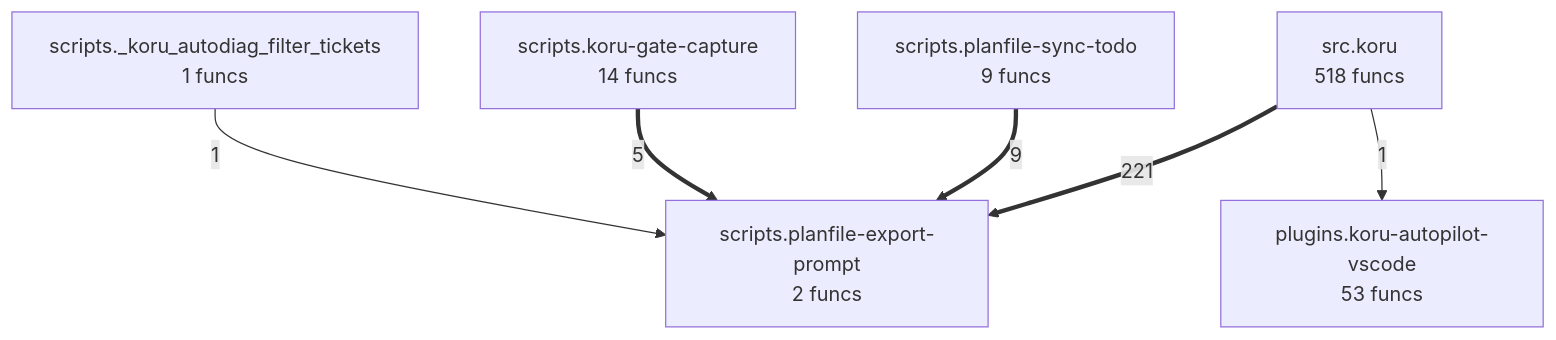
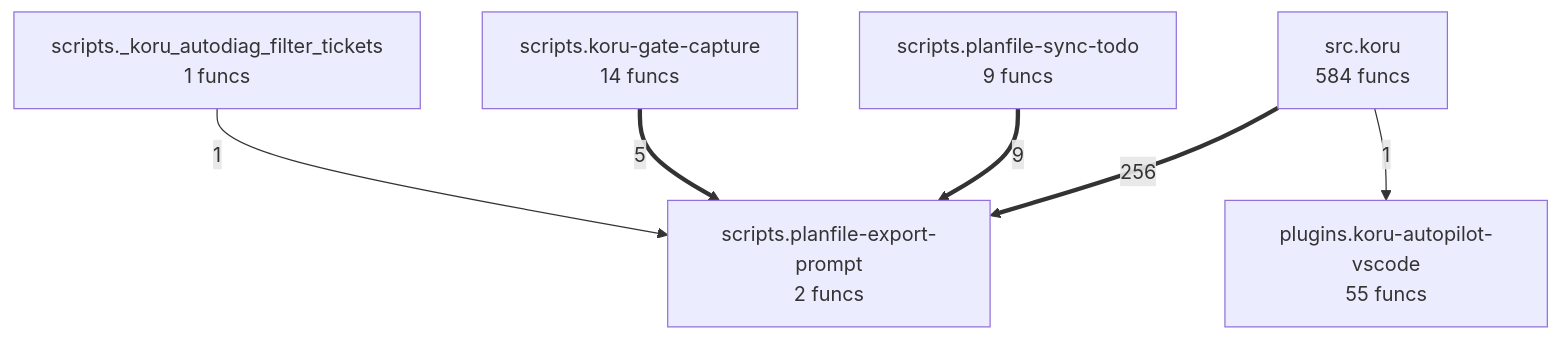
Before and after one commit to semcod/koru: the diagram in project/compact_flow.mmd, drawn with Mermaid. The commit also changed 59 other files, not shown here.

```diff
--- a/project/compact_flow.mmd
+++ b/project/compact_flow.mmd
@@ -1,13 +1,13 @@
 flowchart TD
 %% generated in 0.02s
-    plugins__koru_autopilot_vscode["plugins.koru-autopilot-vscode<br/>53 funcs"]
+    plugins__koru_autopilot_vscode["plugins.koru-autopilot-vscode<br/>55 funcs"]
     scripts___koru_autodiag_filter_tickets["scripts._koru_autodiag_filter_tickets<br/>1 funcs"]
     scripts__koru_gate_capture["scripts.koru-gate-capture<br/>14 funcs"]
     scripts__planfile_export_prompt["scripts.planfile-export-prompt<br/>2 funcs"]
     scripts__planfile_sync_todo["scripts.planfile-sync-todo<br/>9 funcs"]
-    src__koru["src.koru<br/>518 funcs"]
-    src__koru ==>|221| scripts__planfile_export_prompt
+    src__koru["src.koru<br/>584 funcs"]
+    src__koru ==>|256| scripts__planfile_export_prompt
     scripts__planfile_sync_todo ==>|9| scripts__planfile_export_prompt
     scripts__koru_gate_capture ==>|5| scripts__planfile_export_prompt
     src__koru -->|1| plugins__koru_autopilot_vscode
     scripts___koru_autodiag_filter_tickets -->|1| scripts__planfile_export_prompt
```
